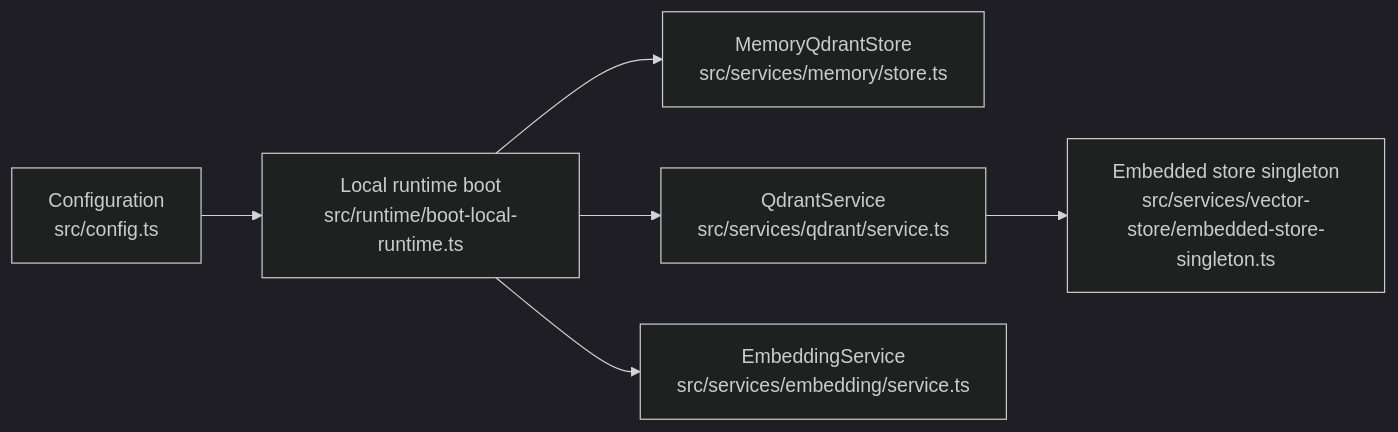
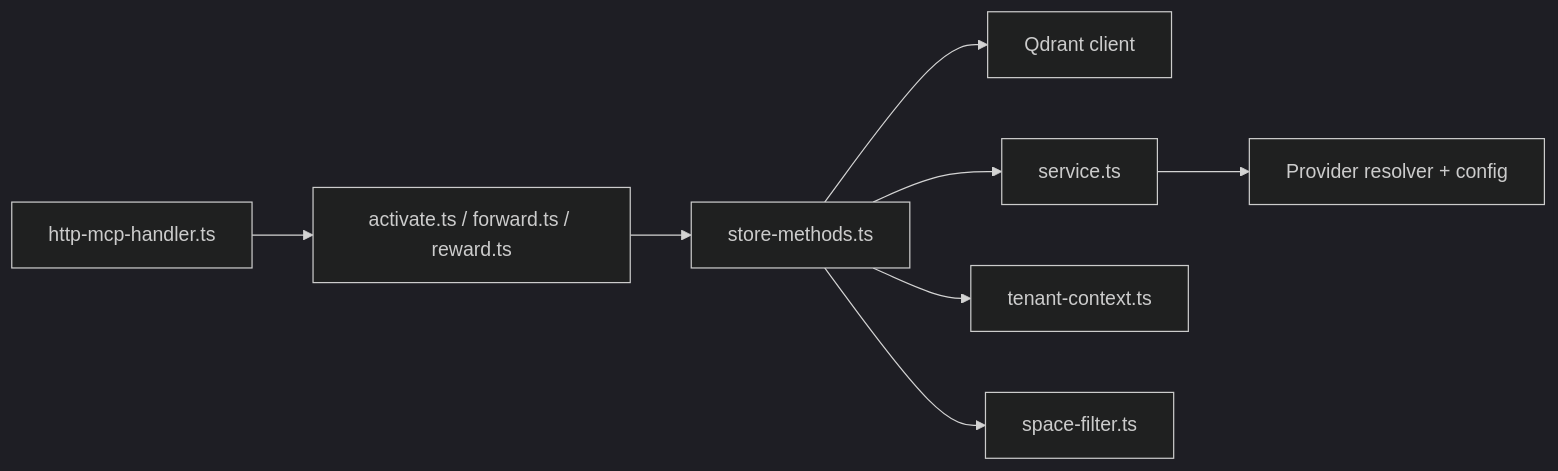
One commit to SquadRules/mcp changed diagram 13 of 13 in .qoder/repowiki/en/content/Core Concepts/Core Concepts.md. Above: the diagram before and after it, drawn with Mermaid (dark theme). The commit also changed other lines of this file and 602 other files, not shown here.

````diff
--- a/.qoder/repowiki/en/content/Core Concepts/Core Concepts.md
+++ b/.qoder/repowiki/en/content/Core Concepts/Core Concepts.md
@@ -402,8 +500,10 @@
 ```mermaid
 graph LR
-Config["Configuration<br/>src/config.ts"] --> Runtime["Local runtime boot<br/>src/runtime/boot-local-runtime.ts"]
-Runtime --> MemoryStore["MemoryQdrantStore<br/>src/services/memory/store.ts"]
-Runtime --> QService["QdrantService<br/>src/services/qdrant/service.ts"]
-Runtime --> Embedding["EmbeddingService<br/>src/services/embedding/service.ts"]
-QService --> Embedded["Embedded store singleton<br/>src/services/vector-store/embedded-store-singleton.ts"]
+HTTP["http-mcp-handler.ts"] --> Tools["activate.ts / forward.ts / reward.ts"]
+Tools --> Memory["store-methods.ts"]
+Memory --> Qdrant["Qdrant client"]
+Memory --> Embed["service.ts"]
+Memory --> Tenant["tenant-context.ts"]
+Memory --> Space["space-filter.ts"]
+Embed --> Provider["Provider resolver + config"]
 ```
````
